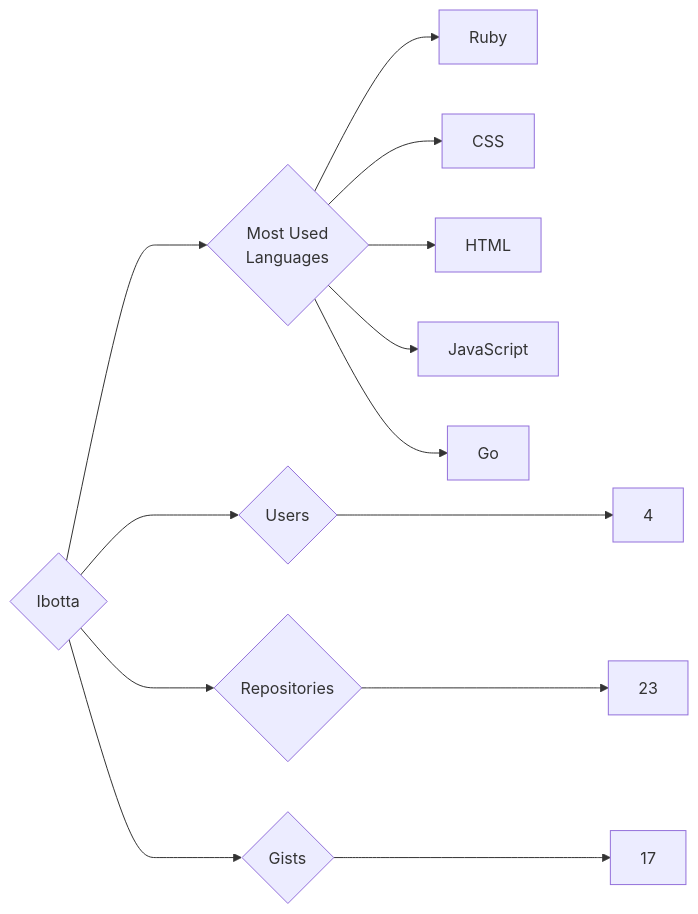
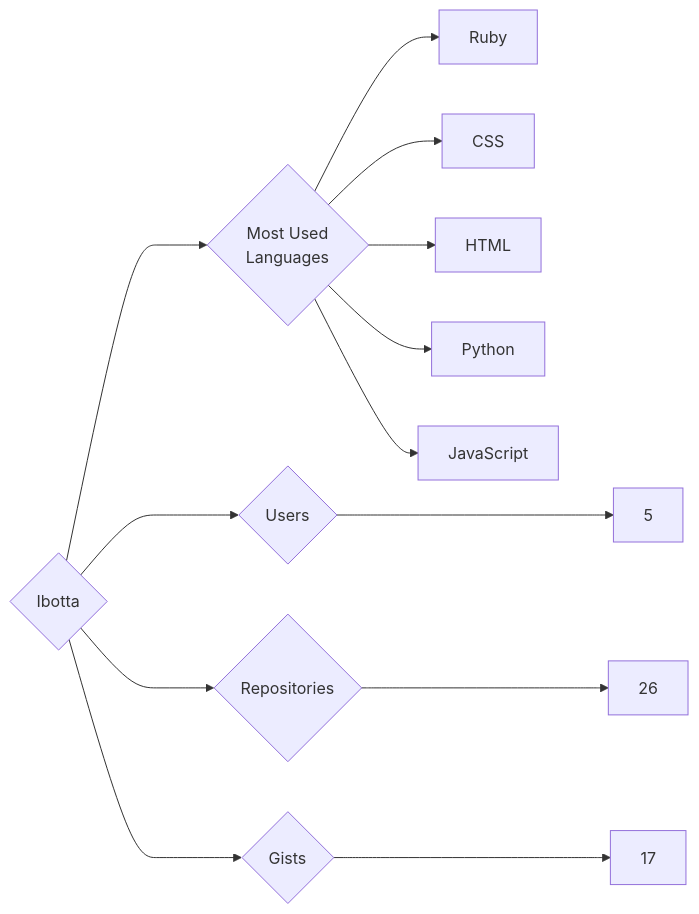
One commit to trickest/insiders changed the diagram in targets/Ibotta/README.md. Above: the diagram before and after it, drawn with Mermaid. The commit also changed 938 other files, not shown here.

````diff
--- a/targets/Ibotta/README.md
+++ b/targets/Ibotta/README.md
@@ -3,13 +3,13 @@
 ```mermaid
 graph LR
 COMPANY_NAME{Ibotta}
-COMPANY_NAME ---> U{Users} ---> UN[4]
-COMPANY_NAME ---> R{Repositories} ---> RN[23]
+COMPANY_NAME ---> U{Users} ---> UN[5]
+COMPANY_NAME ---> R{Repositories} ---> RN[26]
 COMPANY_NAME ---> G{Gists} ---> GN[17]
 COMPANY_NAME ---> ML{Most Used<br>Languages}
 ML --> Ruby[Ruby]
 ML --> CSS[CSS]
 ML --> HTML[HTML]
+ML --> Python[Python]
 ML --> JavaScript[JavaScript]
-ML --> Go[Go]
 ```
````
